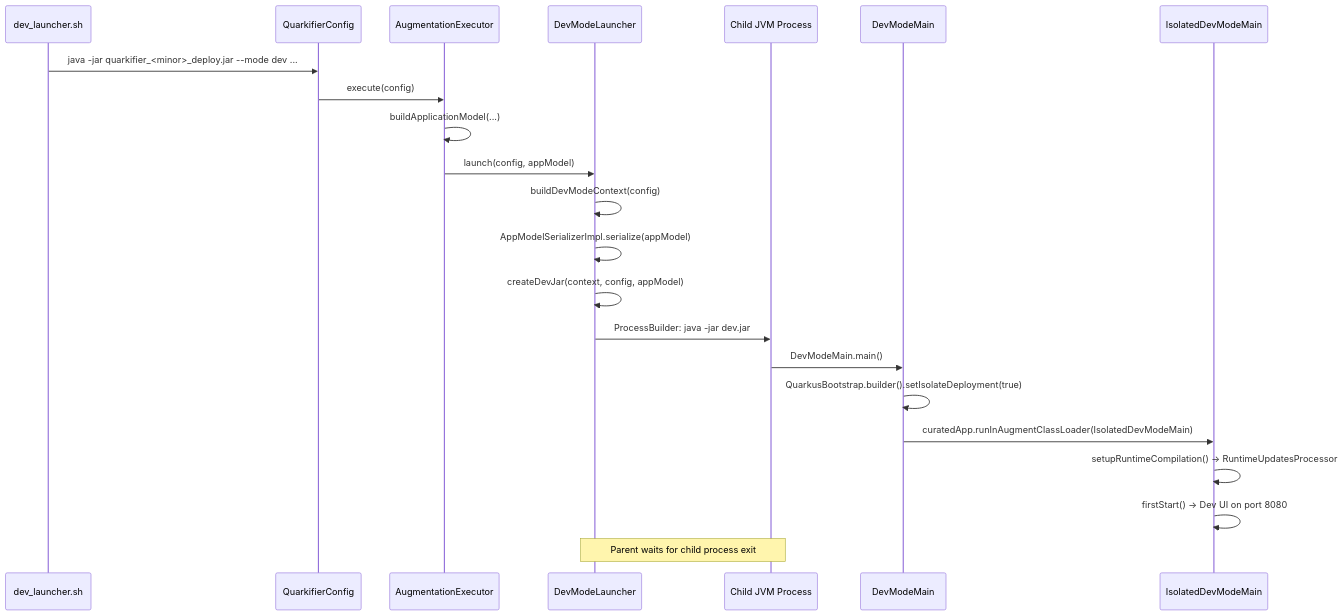
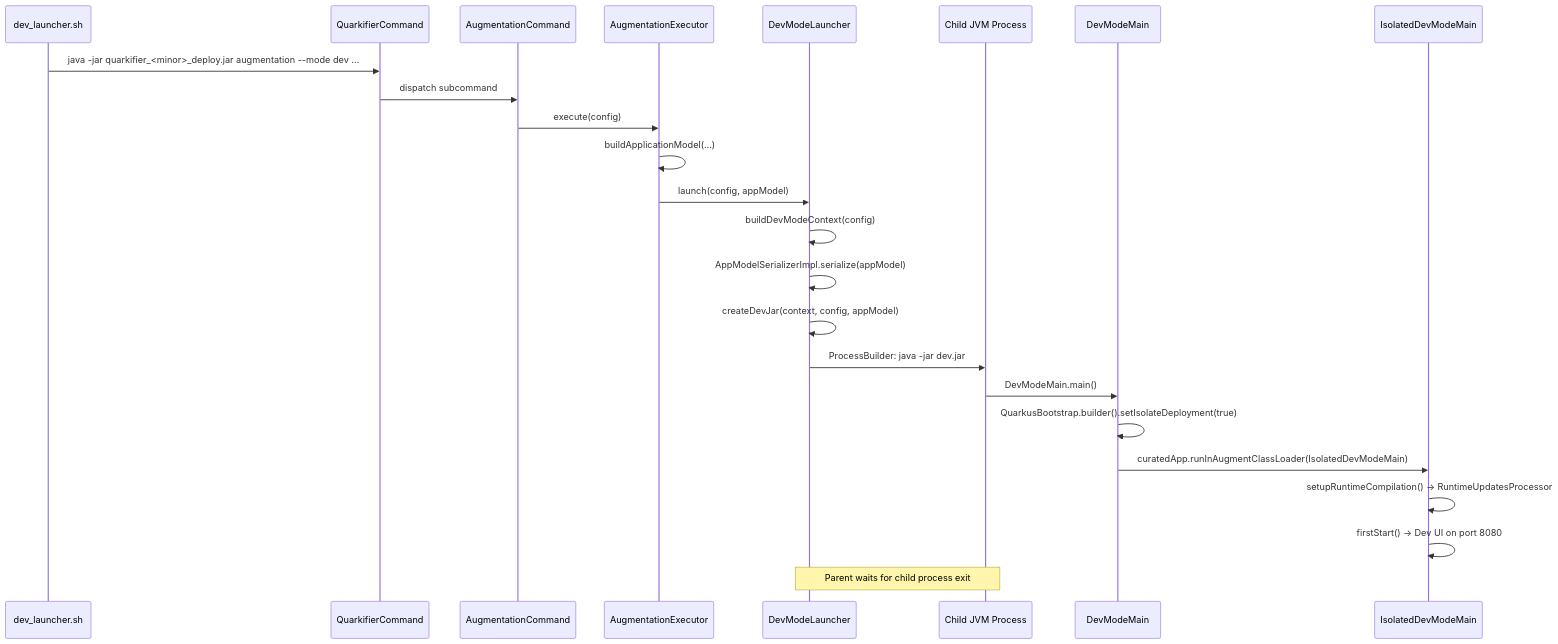
The first of 2 diagrams in docs/dev-mode.md (clementguillot/rules_quarkus), drawn with Mermaid before and after one commit. The commit also changed 16 other files, not shown here.

````diff
--- a/docs/dev-mode.md
+++ b/docs/dev-mode.md
@@ -24,25 +24,27 @@
 ```mermaid
 sequenceDiagram
     participant Script as dev_launcher.sh
-    participant QC as QuarkifierConfig
+    participant CLI as QuarkifierCommand
+    participant AC as AugmentationCommand
     participant AE as AugmentationExecutor
     participant DML as DevModeLauncher
     participant Child as Child JVM Process
     participant DMM as DevModeMain
     participant IDM as IsolatedDevModeMain
 
-    Script->>QC: java -jar quarkifier_<minor>_deploy.jar --mode dev ...
-    QC->>AE: execute(config)
+    Script->>CLI: java -jar quarkifier_<minor>_deploy.jar augmentation --mode dev ...
+    CLI->>AC: dispatch subcommand
+    AC->>AE: execute(config)
     AE->>AE: buildApplicationModel(...)
     AE->>DML: launch(config, appModel)
     DML->>DML: buildDevModeContext(config)
     DML->>DML: AppModelSerializerImpl.serialize(appModel)
     DML->>DML: createDevJar(context, config, appModel)
     DML->>Child: ProcessBuilder: java -jar dev.jar
     Child->>DMM: DevModeMain.main()
     DMM->>DMM: QuarkusBootstrap.builder().setIsolateDeployment(true)
     DMM->>IDM: curatedApp.runInAugmentClassLoader(IsolatedDevModeMain)
     IDM->>IDM: setupRuntimeCompilation() → RuntimeUpdatesProcessor
     IDM->>IDM: firstStart() → Dev UI on port 8080
     Note over DML,Child: Parent waits for child process exit
 ```
````
